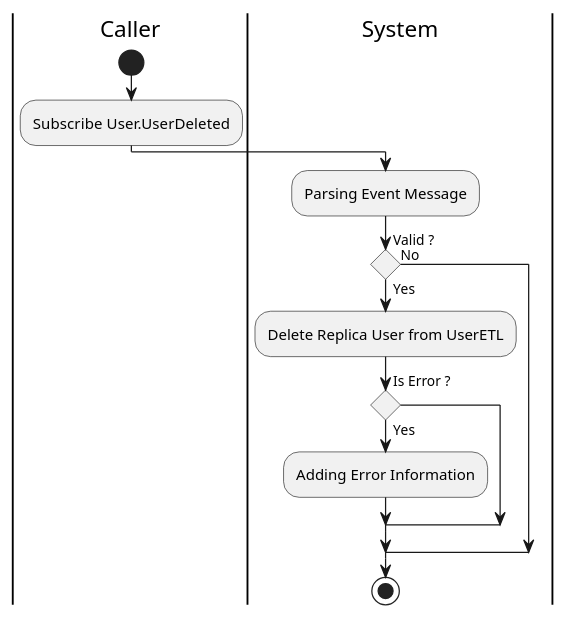
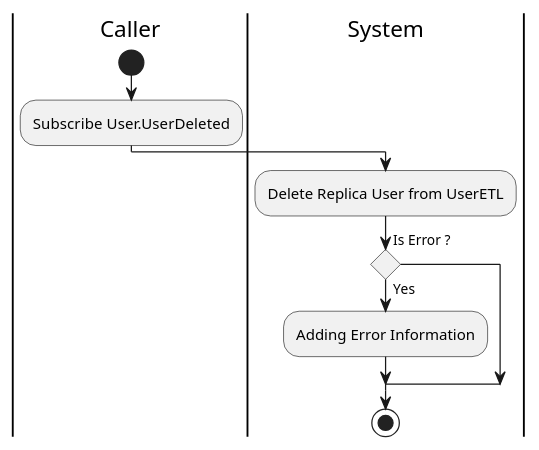
One commit to fwidjaya20/fazzlearning-uml changed the diagram in Activity/Release02/EVENT_SubscribeUserDeleted.wsd. Above: the diagram before and after it, drawn with PlantUML. The commit also changed 18 other files, not shown here.

```diff
--- a/Activity/Release02/EVENT_SubscribeUserDeleted.wsd
+++ b/Activity/Release02/EVENT_SubscribeUserDeleted.wsd
@@ -1,25 +1,20 @@
 @startuml EVENT_SubscribeUserDeleted
 
 skinparam ConditionEndStyle hline
 skinparam conditionStyle diamond
 skinparam Monochrome true
 skinparam Shadowing false
 
 |Caller|
 start
 :Subscribe User.UserDeleted;
 
 |System|
-:Parsing Event Message;
+:Delete Replica User from UserETL;
 
-if (Valid ?) then (Yes)
-    :Delete Replica User from UserETL;
-
-    if (Is Error ?) then (Yes)
-        :Adding Error Information;
-    endif
-else (No)
+if (Is Error ?) then (Yes)
+    :Adding Error Information;
 endif
 stop
 
 @enduml
```
